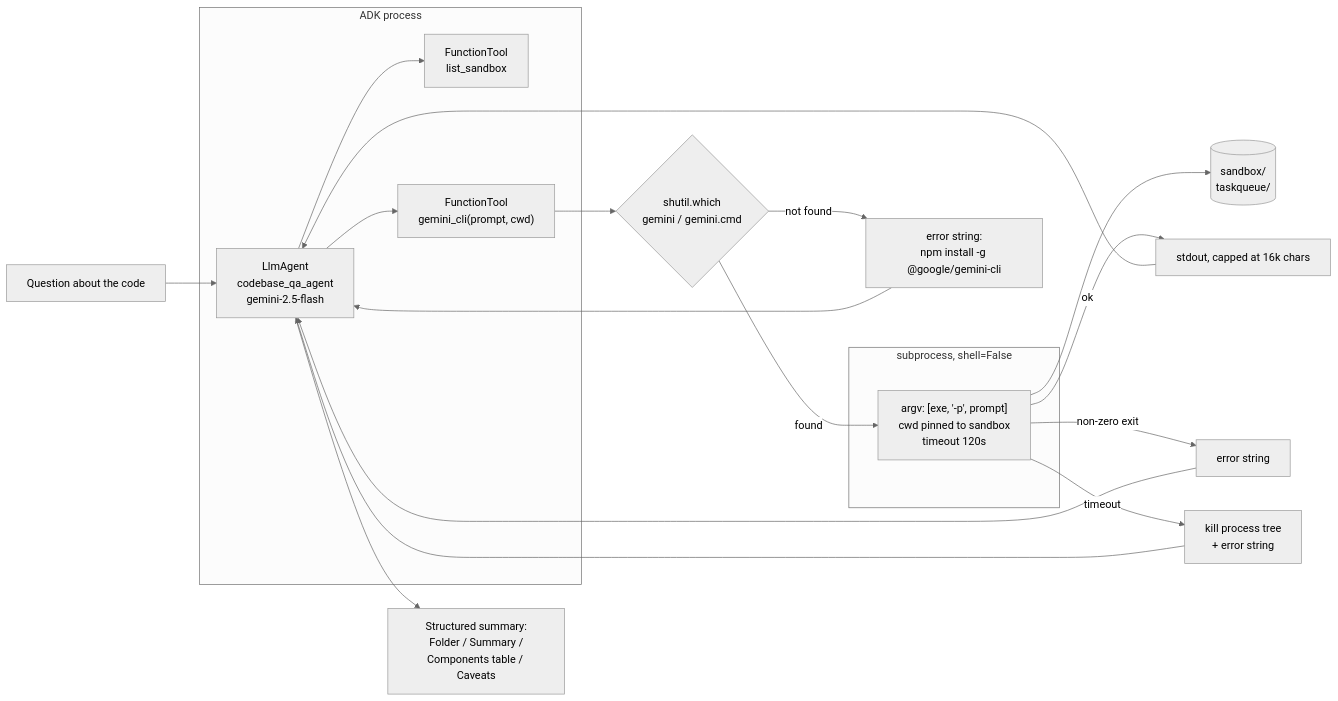
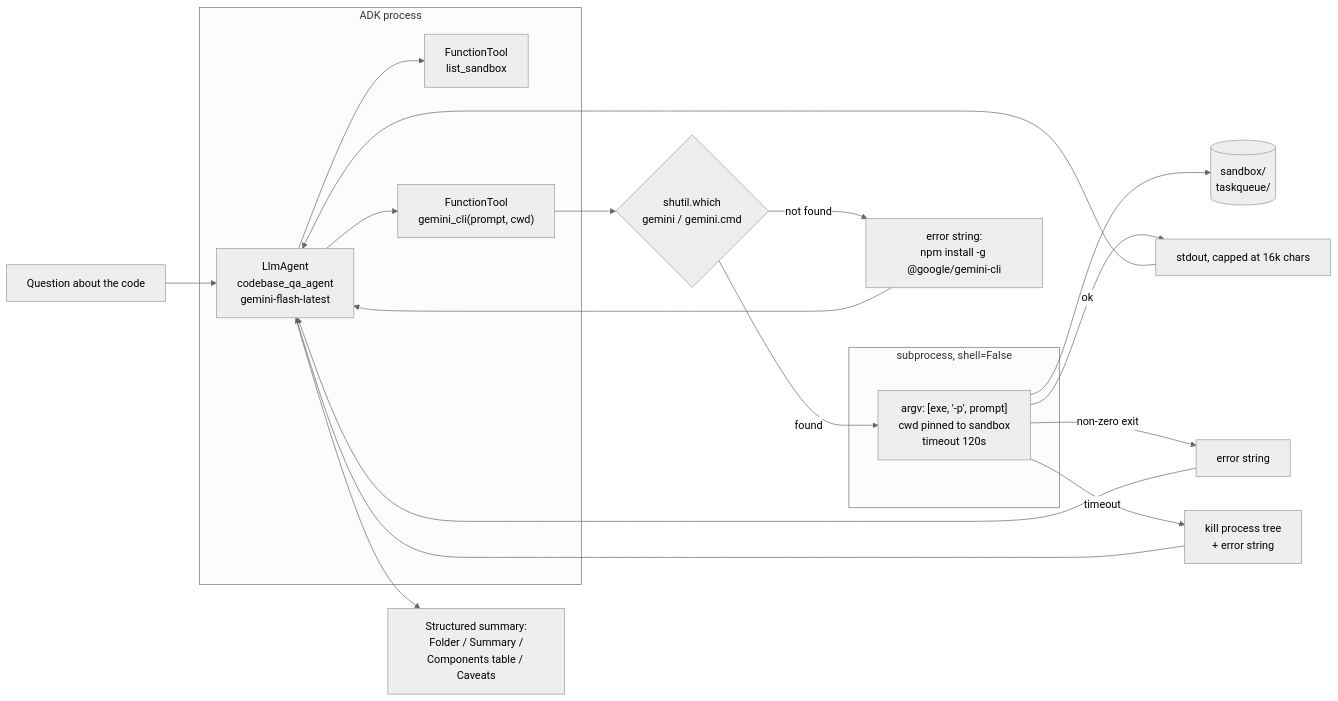
The diagram in assignment3/b_gemini_cli_agent/README.md (Prachii26/CMPE297), drawn with Mermaid (neutral theme) before and after one commit. The commit also changed other lines of this file and 5 other files, not shown here.

````diff
--- a/assignment3/b_gemini_cli_agent/README.md
+++ b/assignment3/b_gemini_cli_agent/README.md
@@ -11,29 +11,29 @@
 ```mermaid
 flowchart LR
     U["Question about the code"] --> A
 
     subgraph ADK["ADK process"]
-        A["LlmAgent<br/>codebase_qa_agent<br/>gemini-2.5-flash"]
+        A["LlmAgent<br/>codebase_qa_agent<br/>gemini-flash-latest"]
         T1["FunctionTool<br/>list_sandbox"]
         T2["FunctionTool<br/>gemini_cli(prompt, cwd)"]
         A --> T1
         A --> T2
     end
 
     T2 --> G{"shutil.which<br/>gemini / gemini.cmd"}
     G -->|"not found"| E1["error string:<br/>npm install -g @google/gemini-cli"]
     G -->|"found"| SP
 
     subgraph SUB["subprocess, shell=False"]
         SP["argv: [exe, '-p', prompt]<br/>cwd pinned to sandbox<br/>timeout 120s"]
     end
 
     SP --> SB[("sandbox/<br/>taskqueue/")]
     SP -->|"ok"| OUT["stdout, capped at 16k chars"]
     SP -->|"non-zero exit"| E2["error string"]
     SP -->|"timeout"| E3["kill process tree<br/>+ error string"]
 
     OUT --> A
     E1 & E2 & E3 --> A
     A --> R["Structured summary:<br/>Folder / Summary /<br/>Components table / Caveats"]
 ```
````
